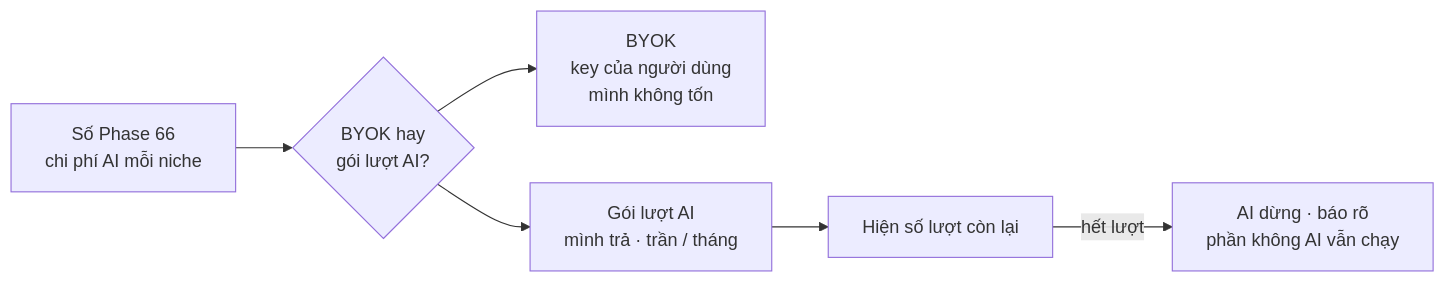
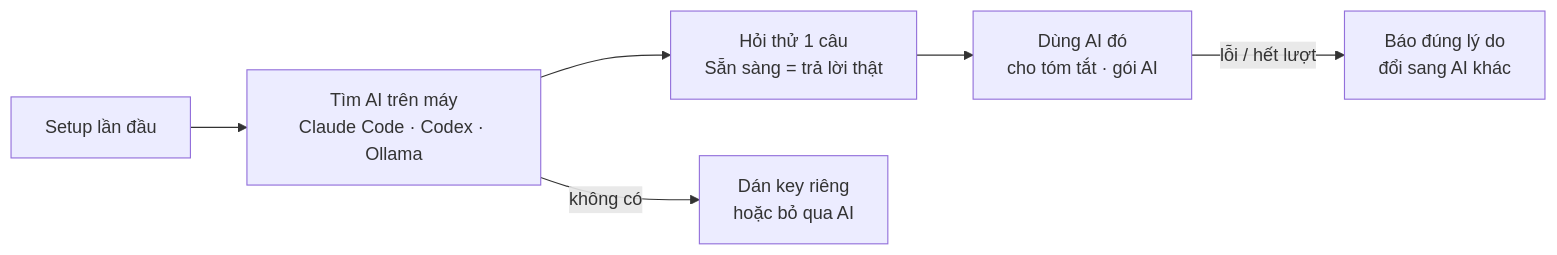
One commit to nvminhtu/niche-radar-docs changed the diagram in docs/web/phase-69-ai-cost-plans.md. Above: the diagram before and after it, drawn with Mermaid. The commit also changed other lines of this file and 45 other files, not shown here.

Commit message:
docs: sync — bán app Mac + Windows, V9/V10 lên trên, vạch KO LÀM, Phase 82 Windows, đánh giá lại Wow Keywords

````diff
--- a/docs/web/phase-69-ai-cost-plans.md
+++ b/docs/web/phase-69-ai-cost-plans.md
@@ -10,8 +12,8 @@
 ```mermaid
 flowchart LR
-  M[Số Phase 66<br/>chi phí AI mỗi niche] --> CH{BYOK hay<br/>gói lượt AI?}
-  CH --> BY[BYOK<br/>key của người dùng<br/>mình không tốn]
-  CH --> QU[Gói lượt AI<br/>mình trả · trần / tháng]
-  QU --> LEFT[Hiện số lượt còn lại]
-  LEFT -- hết lượt --> STOP[AI dừng · báo rõ<br/>phần không AI vẫn chạy]
+  S[Setup lần đầu] --> F[Tìm AI trên máy<br/>Claude Code · Codex · Ollama]
+  F --> T[Hỏi thử 1 câu<br/>Sẵn sàng = trả lời thật]
+  T --> OK[Dùng AI đó<br/>cho tóm tắt · gói AI]
+  F -- không có --> BY[Dán key riêng<br/>hoặc bỏ qua AI]
+  OK -- lỗi / hết lượt --> ERR[Báo đúng lý do<br/>đổi sang AI khác]
 ```
````
